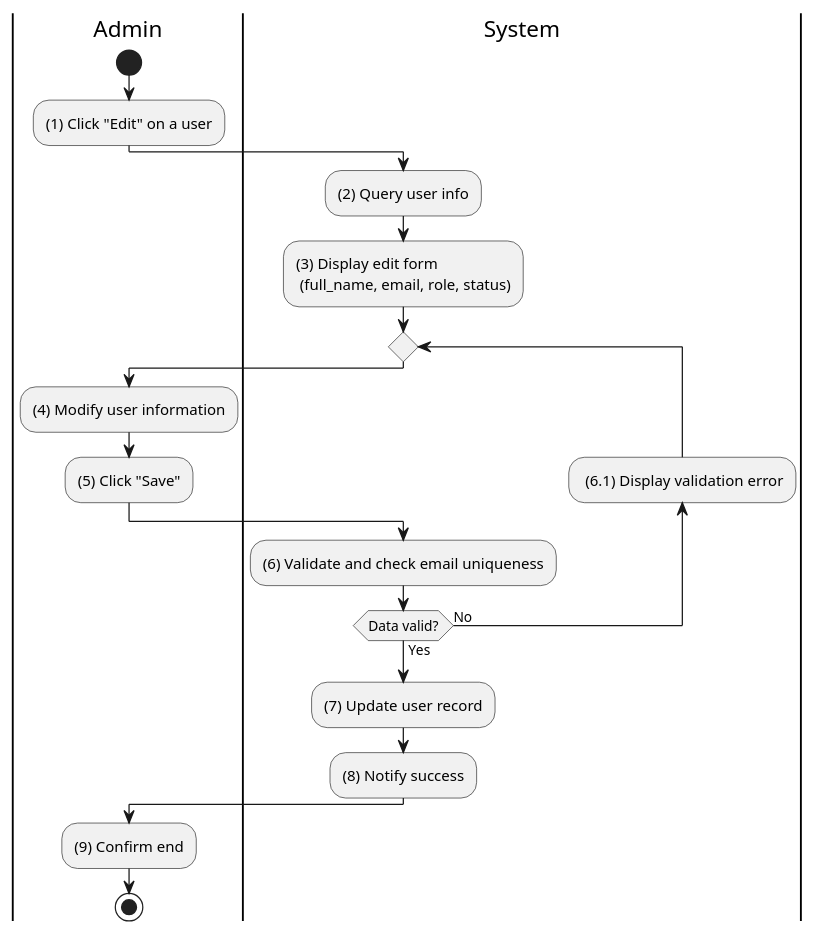
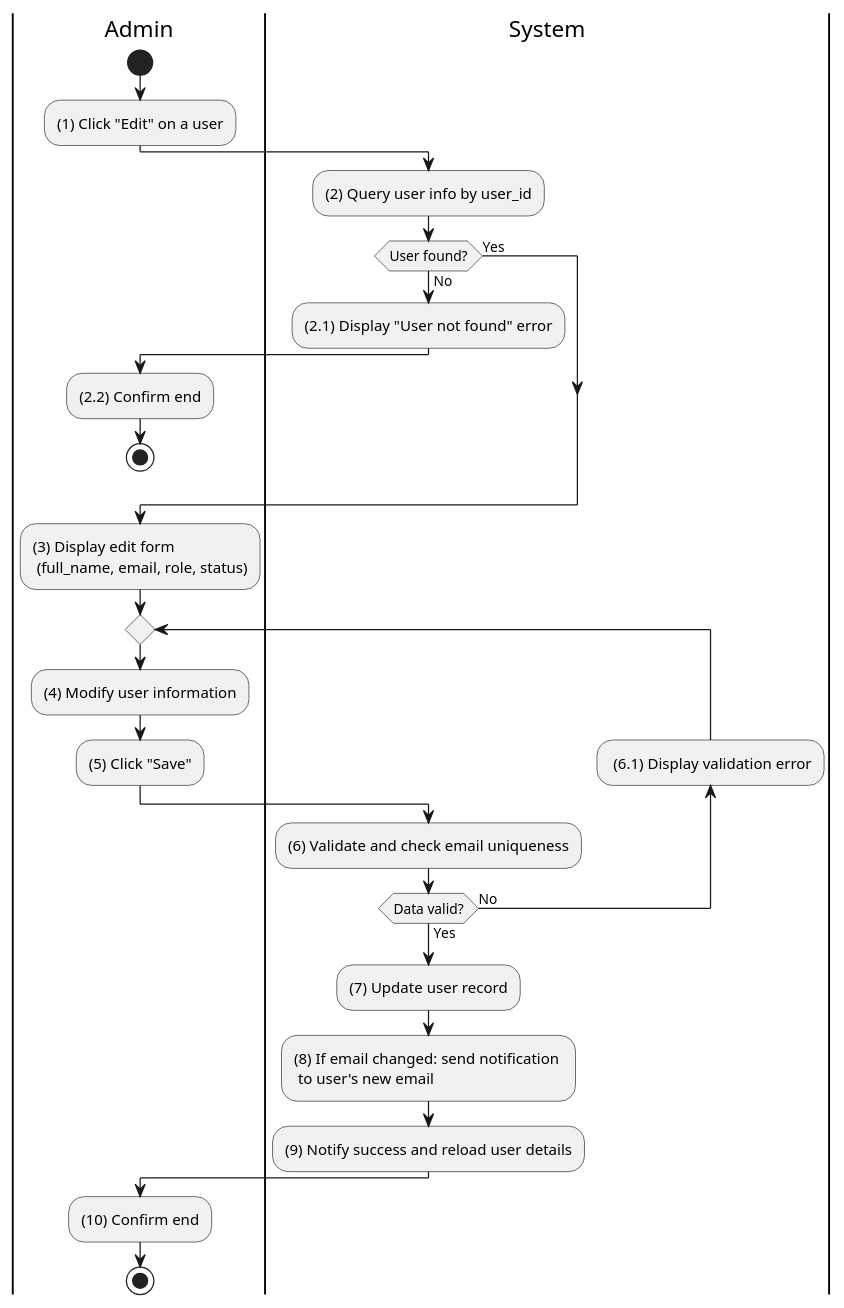
One commit to taskpilot-platform/taskpilot-platform.github.io changed the diagram in docs/docs/activity/admin/edit-system-user.md. Above: the diagram before and after it, drawn with PlantUML. The commit also changed 17 other files, not shown here.

````diff
--- a/docs/docs/activity/admin/edit-system-user.md
+++ b/docs/docs/activity/admin/edit-system-user.md
@@ -3,32 +3,42 @@
 ```plantuml
 @startuml
 |A|Admin
 |S|System
 
 |A|
 start
 :(1) Click "Edit" on a user;
 
 |S|
-:(2) Query user info;
+:(2) Query user info by user_id;
+
+if (User found?) then (No)
+  :(2.1) Display "User not found" error;
+  |A|
+  :(2.2) Confirm end;
+  stop
+else (Yes)
+endif
+
 :(3) Display edit form \n (full_name, email, role, status);
 
 repeat
   |A|
   :(4) Modify user information;
   :(5) Click "Save";
 
   |S|
   :(6) Validate and check email uniqueness;
   backward: (6.1) Display validation error;
 repeat while (Data valid?) is (No) not (Yes)
 
 :(7) Update user record;
-:(8) Notify success;
+:(8) If email changed: send notification \n to user's new email;
+:(9) Notify success and reload user details;
 
 |A|
-:(9) Confirm end;
+:(10) Confirm end;
 
 stop
 @enduml
 ```
````
